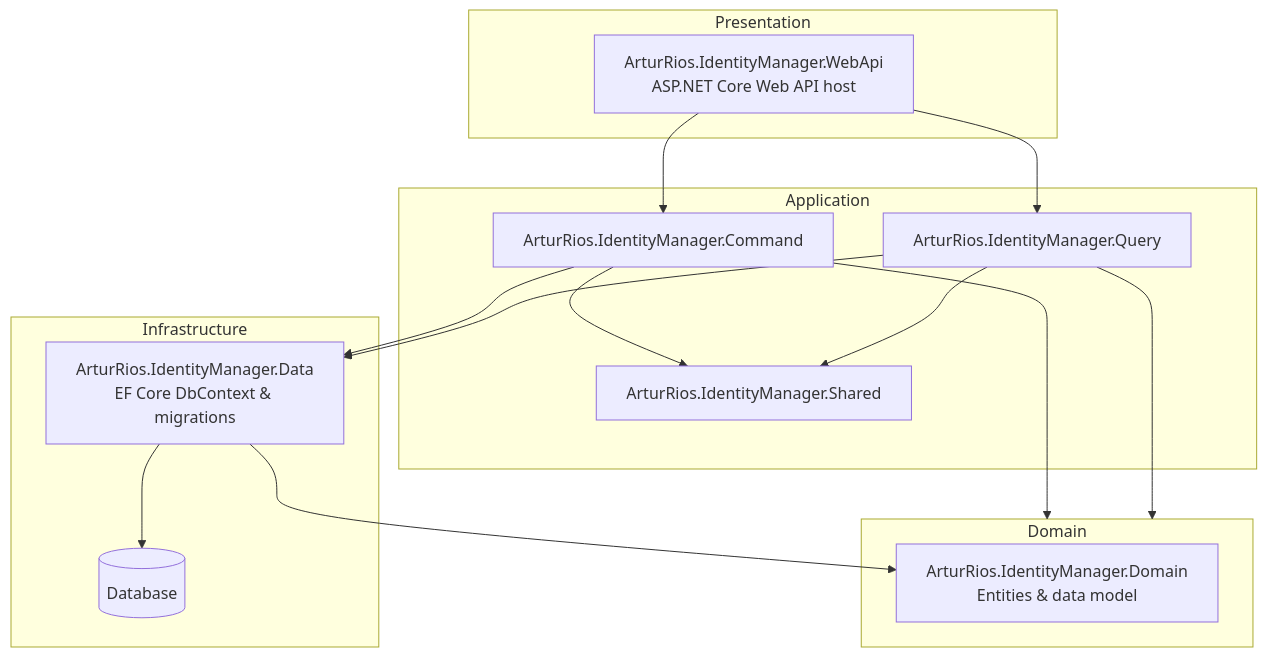
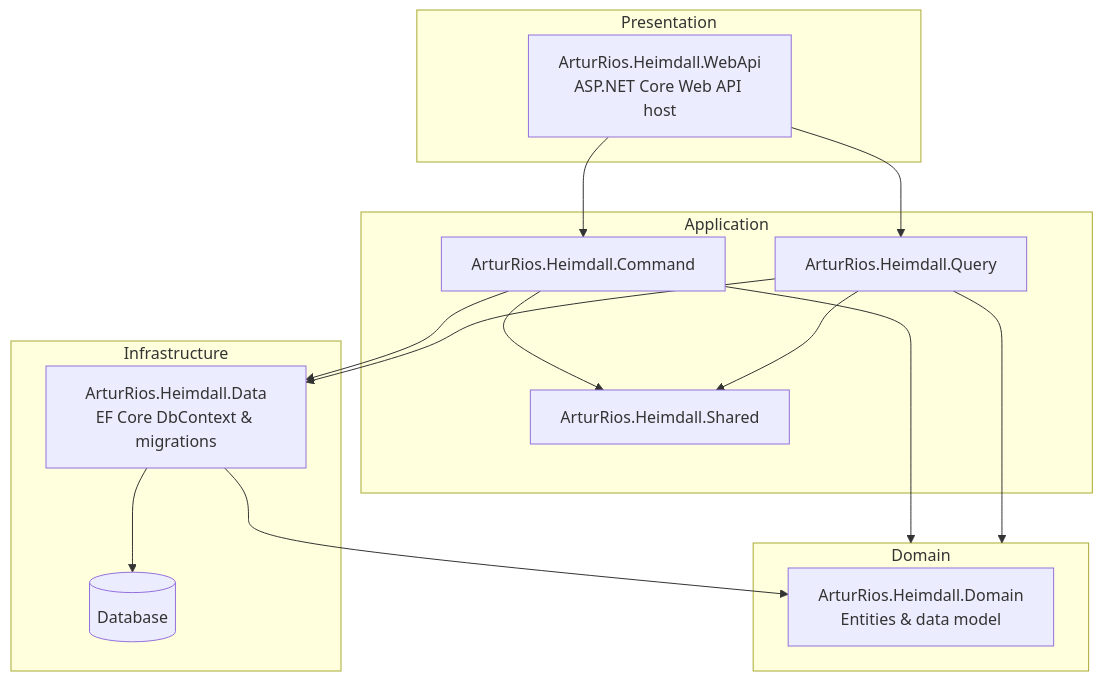
The first of 2 diagrams in docs/requirements/Operations & Infrastructure Document.md (artur-rios/heimdall-api), drawn with Mermaid before and after one commit. The commit also changed other lines of this file and 743 other files, not shown here.

First line of the commit message:
chore: rename project from IdentityManager to Heimdall

````diff
--- a/docs/requirements/Operations & Infrastructure Document.md
+++ b/docs/requirements/Operations & Infrastructure Document.md
@@ -35,29 +35,29 @@
 ```mermaid
 graph TD
     subgraph Presentation
-        WebApi[ArturRios.IdentityManager.WebApi<br/>ASP.NET Core Web API host]
+        WebApi[ArturRios.Heimdall.WebApi<br/>ASP.NET Core Web API host]
     end
     subgraph Application
-        Command[ArturRios.IdentityManager.Command]
-        Query[ArturRios.IdentityManager.Query]
-        Shared[ArturRios.IdentityManager.Shared]
+        Command[ArturRios.Heimdall.Command]
+        Query[ArturRios.Heimdall.Query]
+        Shared[ArturRios.Heimdall.Shared]
     end
     subgraph Domain
-        DomainLayer[ArturRios.IdentityManager.Domain<br/>Entities & data model]
+        DomainLayer[ArturRios.Heimdall.Domain<br/>Entities & data model]
     end
     subgraph Infrastructure
-        Data[ArturRios.IdentityManager.Data<br/>EF Core DbContext & migrations]
+        Data[ArturRios.Heimdall.Data<br/>EF Core DbContext & migrations]
         DB[(Database)]
     end
 
     WebApi --> Command
     WebApi --> Query
     Command --> Domain
     Query --> Domain
     Command --> Shared
     Query --> Shared
     Command --> Data
     Query --> Data
     Data --> DomainLayer
     Data --> DB
 ```
````
